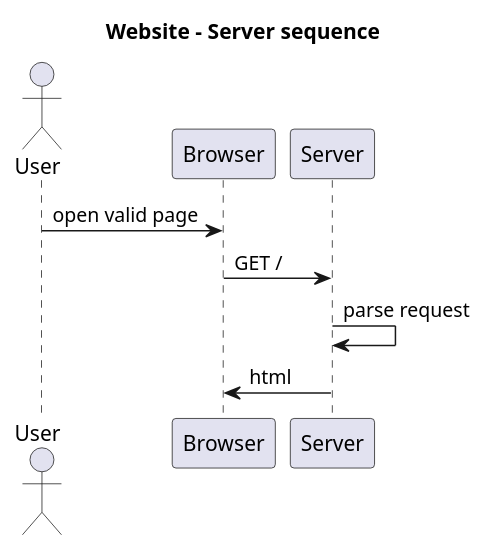
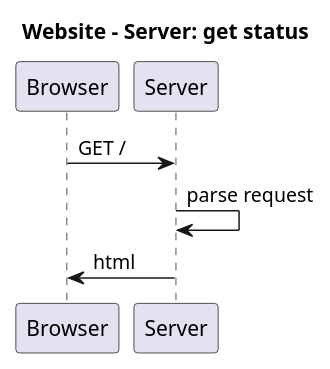
The diagram in UML/sequence/website-server_get.puml (VvWijhe/Cleanify), drawn with PlantUML before and after one commit. The commit also changed 3 other files, not shown here.

Commit message:
updated uml

```diff
--- a/UML/sequence/website-server_get.puml
+++ b/UML/sequence/website-server_get.puml
@@ -1,11 +1,8 @@
 @startuml
-title Website - Server sequence
+title Website - Server: get status
 
-actor User
-
-User -> Browser: open valid page
 Browser -> Server: GET /
 Server -> Server: parse request
 Server -> Browser: html
 
 @enduml
```
